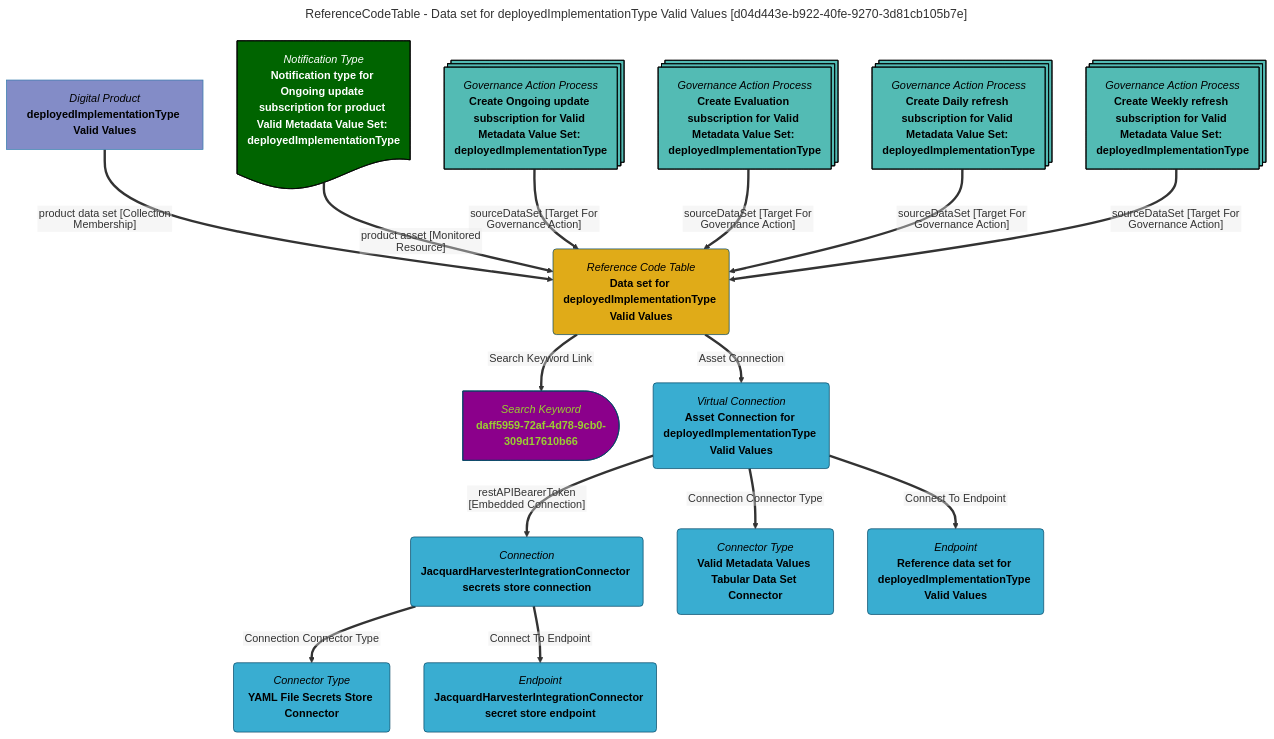
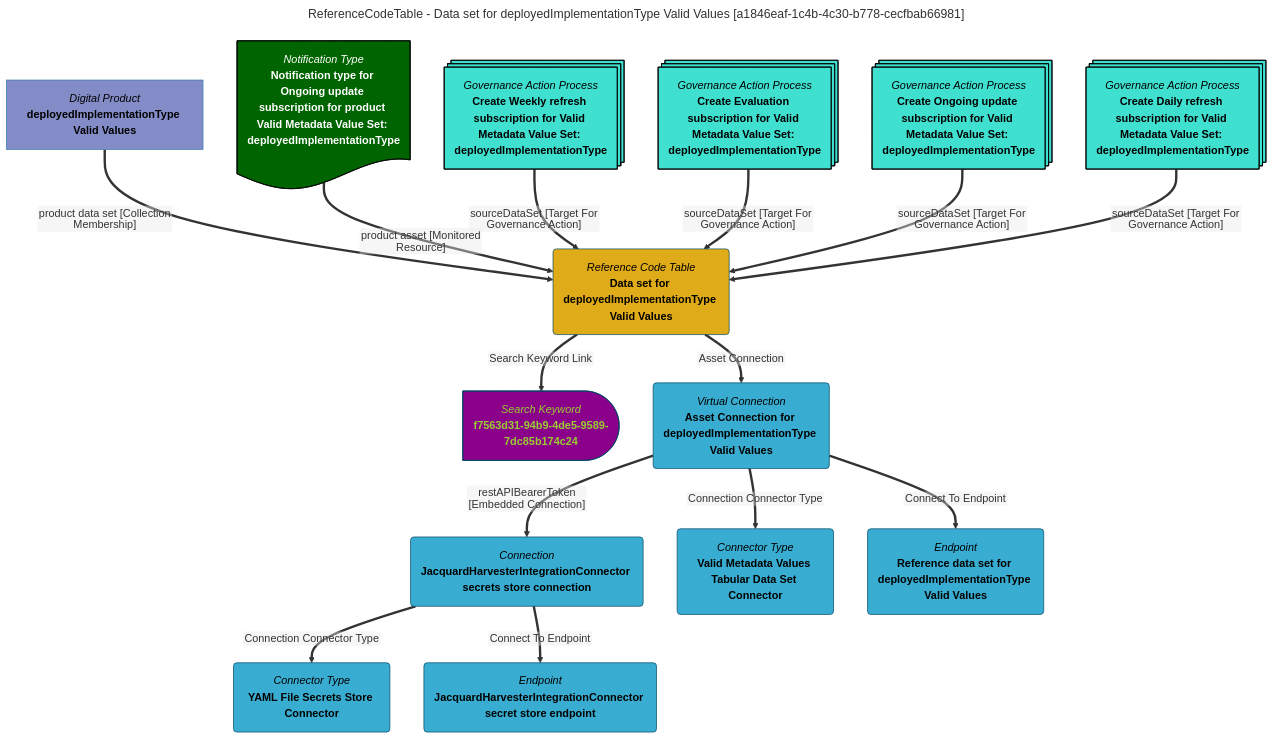
The diagram in site/snippets/data-assets/data-set-for-deployedimplementationtype-valid-values-mermaid-graph.md (odpi/egeria-docs), drawn with Mermaid before and after one commit. The commit also changed 2201 other files, not shown here.

````diff
--- a/site/snippets/data-assets/data-set-for-deployedimplementationtype-valid-values-mermaid-graph.md
+++ b/site/snippets/data-assets/data-set-for-deployedimplementationtype-valid-values-mermaid-graph.md
@@ -1,63 +1,63 @@
 ```mermaid
 ---
-title: ReferenceCodeTable - Data set for deployedImplementationType Valid Values [d04d443e-b922-40fe-9270-3d81cb105b7e]
+title: ReferenceCodeTable - Data set for deployedImplementationType Valid Values [a1846eaf-1c4b-4c30-b778-cecfbab66981]
 ---
 flowchart TD
 %%{init: {"flowchart": {"htmlLabels": false}} }%%
 
 1@{ shape: rounded, label: "*Reference Code Table*
 **Data set for deployedImplementationType Valid Values**"}
 2@{ shape: delay, label: "*Search Keyword*
-**daff5959-72af-4d78-9cb0-309d17610b66**"}
+**f7563d31-94b9-4de5-9589-7dc85b174c24**"}
 1==>|"Search Keyword Link"|2
 3@{ shape: rect, label: "*Digital Product*
 **deployedImplementationType Valid Values**"}
 3==>|"product data set [Collection Membership]"|1
 4@{ shape: rounded, label: "*Virtual Connection*
 **Asset Connection for deployedImplementationType Valid Values**"}
 1==>|"Asset Connection"|4
 5@{ shape: rounded, label: "*Connection*
 **JacquardHarvesterIntegrationConnector secrets store connection**"}
 4==>|"restAPIBearerToken [Embedded Connection]"|5
 6@{ shape: rounded, label: "*Connector Type*
 **YAML File Secrets Store Connector**"}
 5==>|"Connection Connector Type"|6
 7@{ shape: rounded, label: "*Endpoint*
 **JacquardHarvesterIntegrationConnector secret store endpoint**"}
 5==>|"Connect To Endpoint"|7
 8@{ shape: rounded, label: "*Connector Type*
 **Valid Metadata Values Tabular Data Set Connector**"}
 4==>|"Connection Connector Type"|8
 9@{ shape: rounded, label: "*Endpoint*
 **Reference data set for deployedImplementationType Valid Values**"}
 4==>|"Connect To Endpoint"|9
 10@{ shape: doc, label: "*Notification Type*
 **Notification type for Ongoing update subscription for product Valid Metadata Value Set: deployedImplementationType**"}
 10==>|"product asset [Monitored Resource]"|1
 11@{ shape: processes, label: "*Governance Action Process*
-**Create Ongoing update subscription for Valid Metadata Value Set: deployedImplementationType**"}
+**Create Weekly refresh subscription for Valid Metadata Value Set: deployedImplementationType**"}
 11==>|"sourceDataSet [Target For Governance Action]"|1
 12@{ shape: processes, label: "*Governance Action Process*
 **Create Evaluation subscription for Valid Metadata Value Set: deployedImplementationType**"}
 12==>|"sourceDataSet [Target For Governance Action]"|1
 13@{ shape: processes, label: "*Governance Action Process*
-**Create Daily refresh subscription for Valid Metadata Value Set: deployedImplementationType**"}
+**Create Ongoing update subscription for Valid Metadata Value Set: deployedImplementationType**"}
 13==>|"sourceDataSet [Target For Governance Action]"|1
 14@{ shape: processes, label: "*Governance Action Process*
-**Create Weekly refresh subscription for Valid Metadata Value Set: deployedImplementationType**"}
+**Create Daily refresh subscription for Valid Metadata Value Set: deployedImplementationType**"}
 14==>|"sourceDataSet [Target For Governance Action]"|1
-style 11 color:#000000, fill:#53bbb4, stroke:#000000
-style 12 color:#000000, fill:#53bbb4, stroke:#000000
-style 13 color:#000000, fill:#53bbb4, stroke:#000000
-style 14 color:#000000, fill:#53bbb4, stroke:#000000
+style 11 color:#000000, fill:#40E0D0, stroke:#000000
+style 12 color:#000000, fill:#40E0D0, stroke:#000000
+style 13 color:#000000, fill:#40E0D0, stroke:#000000
+style 14 color:#000000, fill:#40E0D0, stroke:#000000
 style 1 color:#000000, fill:#e0ab18, stroke:#004563
-style 2 color:#9acd32, fill:#8b008b, stroke:#004563
+style 2 color:#9ACD32, fill:#8B008B, stroke:#004563
 style 3 color:#000000, fill:#838cc7, stroke:#3079ab
 style 4 color:#000000, fill:#39add1, stroke:#004563
 style 5 color:#000000, fill:#39add1, stroke:#004563
 style 6 color:#000000, fill:#39add1, stroke:#004563
 style 7 color:#000000, fill:#39add1, stroke:#004563
 style 8 color:#000000, fill:#39add1, stroke:#004563
 style 9 color:#000000, fill:#39add1, stroke:#004563
 style 10 color:#FFFFFF, fill:#006400, stroke:#000000
 ```
````
